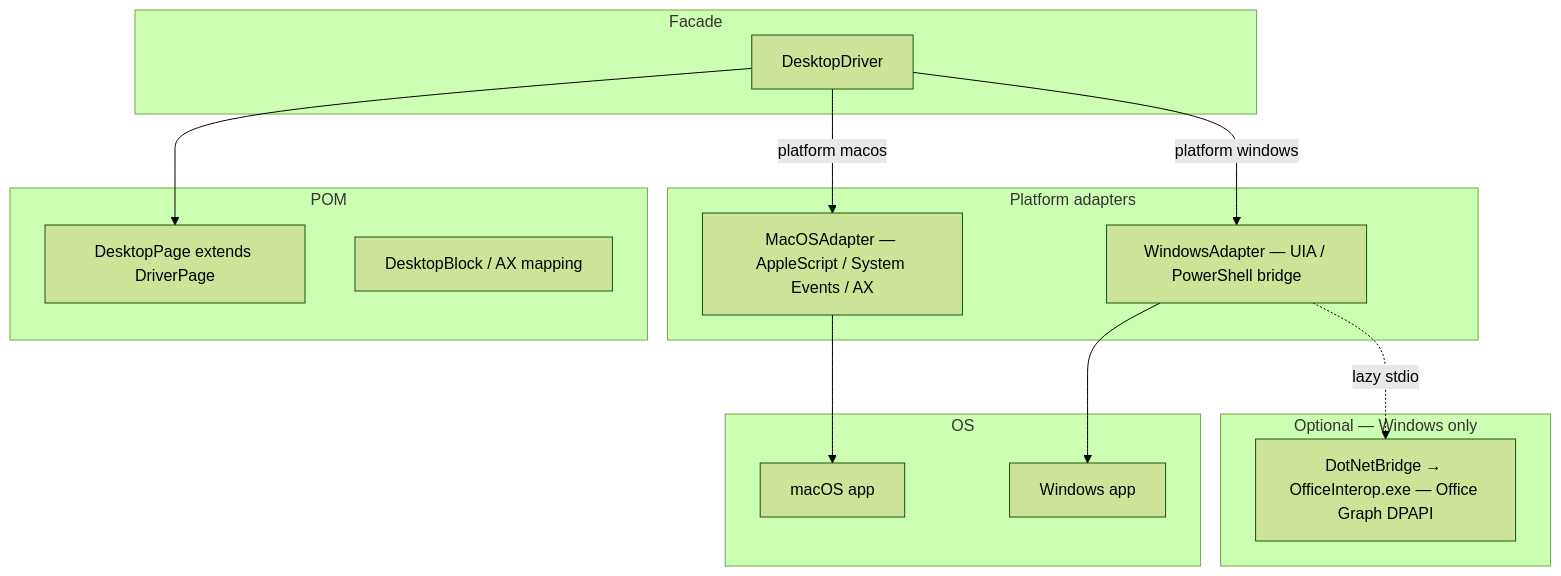
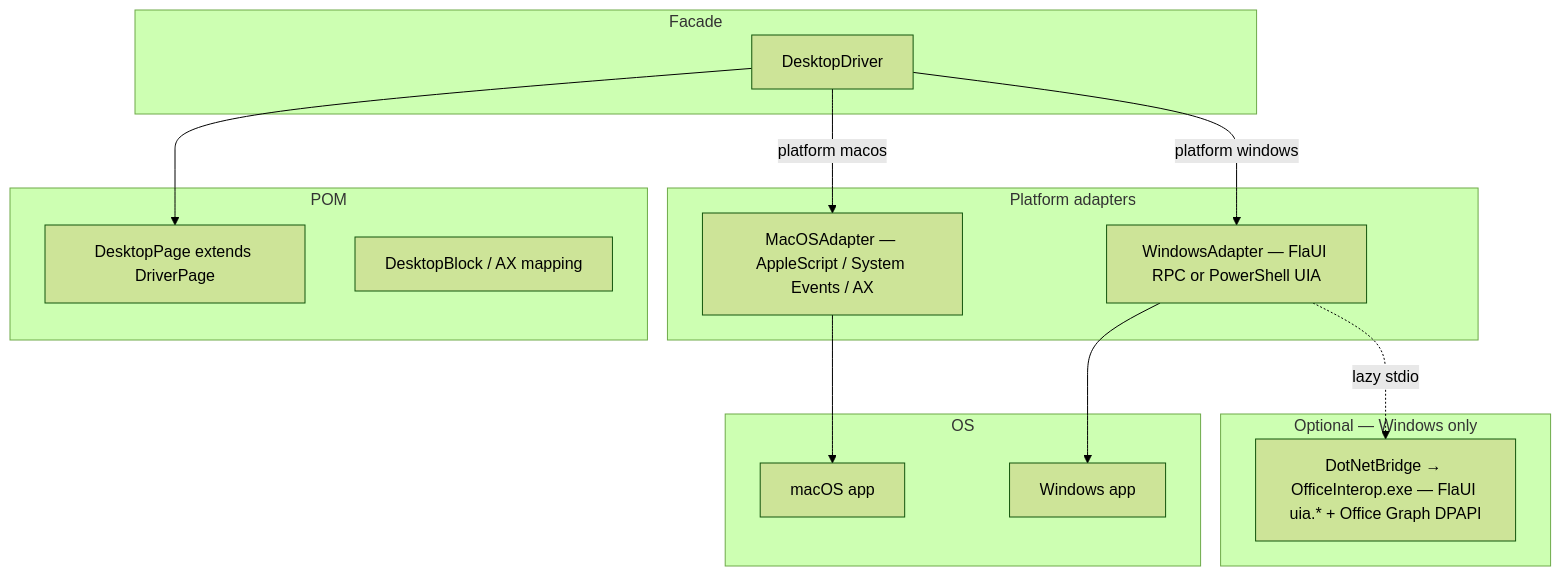
One commit to ravichandola/Avengers changed the fourth of 6 diagrams in docs/architecture/overview.md. Above: the diagram before and after it, drawn with Mermaid (forest theme). The commit also changed other lines of this file and 19 other files, not shown here.

````diff
--- a/docs/architecture/overview.md
+++ b/docs/architecture/overview.md
@@ -467,27 +467,27 @@
 ```mermaid
 flowchart TB
   subgraph facade [Facade]
     DD[DesktopDriver]
   end
   subgraph adapters [Platform adapters]
     MAC[MacOSAdapter — AppleScript / System Events / AX]
-    WIN[WindowsAdapter — UIA / PowerShell bridge]
+    WIN[WindowsAdapter — FlaUI RPC or PowerShell UIA]
   end
   subgraph sidecar [Optional — Windows only]
-    DOT[DotNetBridge → OfficeInterop.exe — Office Graph DPAPI]
+    DOT[DotNetBridge → OfficeInterop.exe — FlaUI uia.* + Office Graph DPAPI]
   end
   subgraph os [OS]
     M[macOS app]
     W[Windows app]
   end
   DD -->|platform macos| MAC
   DD -->|platform windows| WIN
   MAC --> M
   WIN --> W
   WIN -. lazy stdio .-> DOT
   subgraph desktoppom [POM]
     DP[DesktopPage extends DriverPage]
     DB[DesktopBlock / AX mapping]
   end
   DD --> DP
 ```
````
